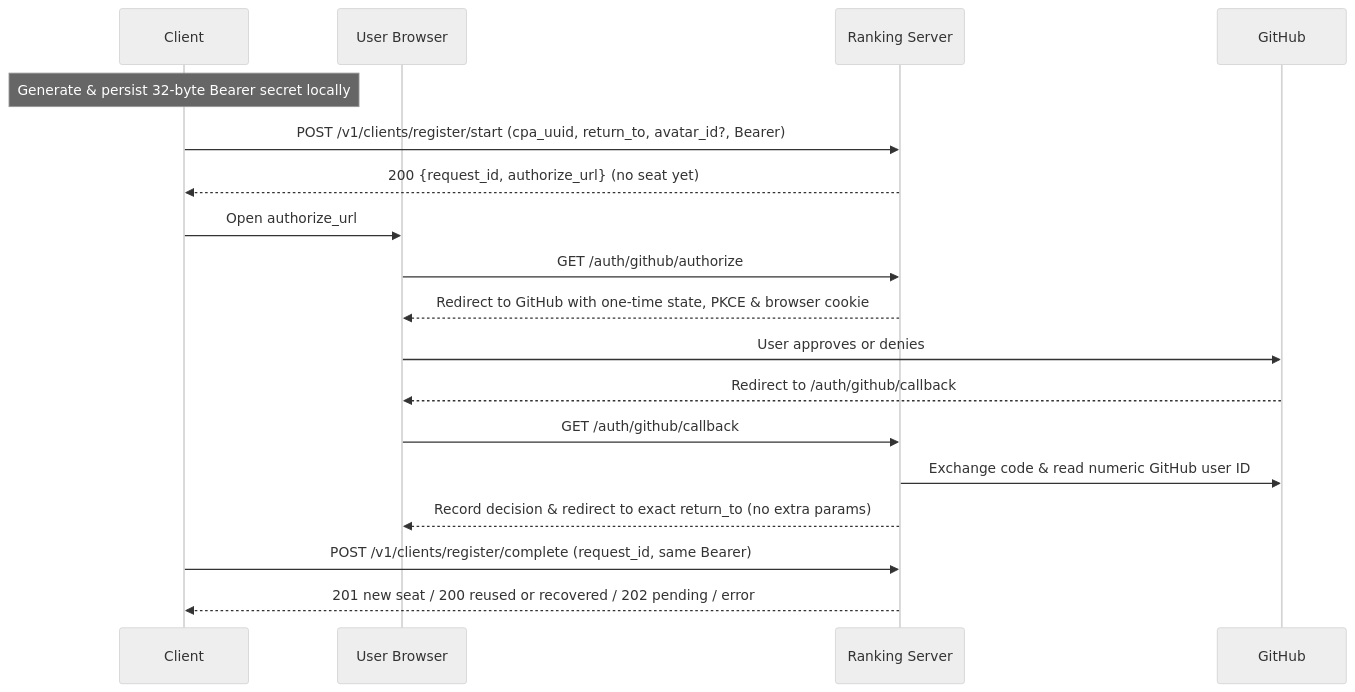
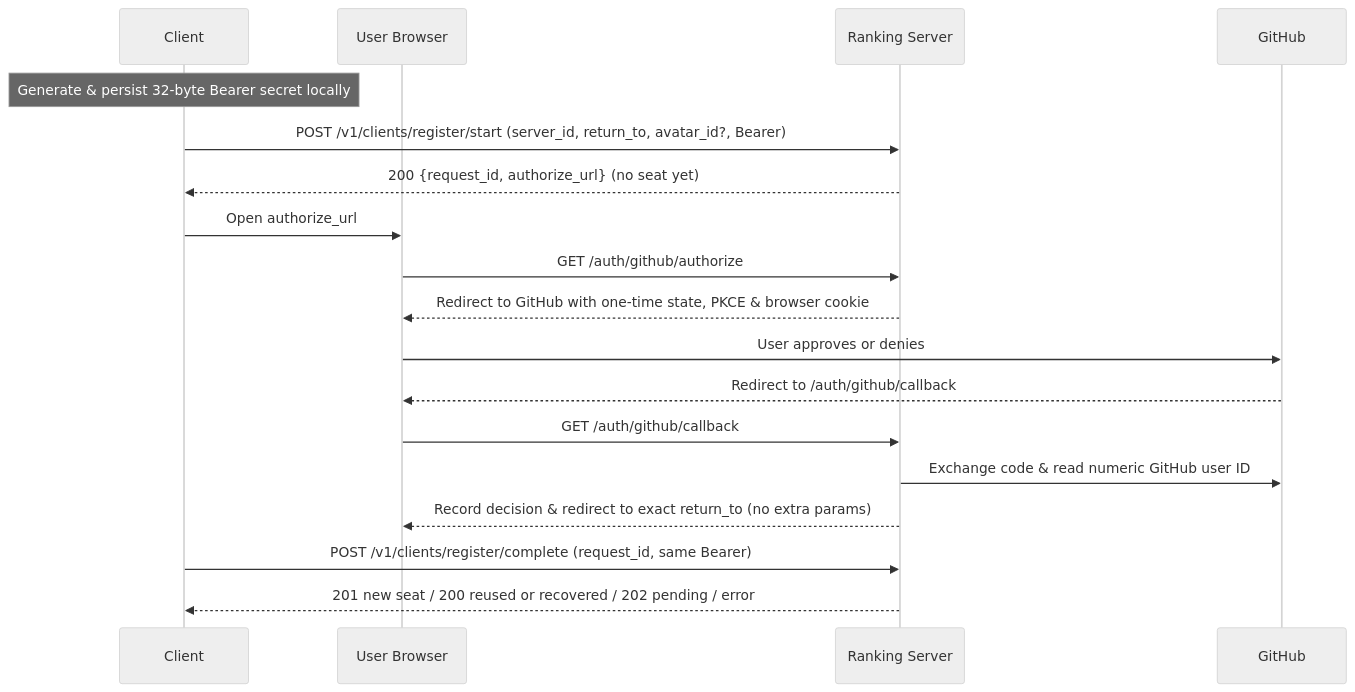
Before and after one commit to router-for-me/cpa-usage-ranking: the first of 2 diagrams in docs/integration.md, drawn with Mermaid (neutral theme). The commit also changed other lines of this file and 9 other files, not shown here.

Commit message:
docs: rename cpa_uuid to server_id and document CPA server-id source

````diff
--- a/docs/integration.md
+++ b/docs/integration.md
@@ -45,20 +45,20 @@
 ```mermaid
 sequenceDiagram
     participant C as Client
     participant B as User Browser
     participant R as Ranking Server
     participant G as GitHub
     Note over C: Generate & persist 32-byte Bearer secret locally
-    C->>R: POST /v1/clients/register/start (cpa_uuid, return_to, avatar_id?, Bearer)
+    C->>R: POST /v1/clients/register/start (server_id, return_to, avatar_id?, Bearer)
     R-->>C: 200 {request_id, authorize_url} (no seat yet)
     C->>B: Open authorize_url
     B->>R: GET /auth/github/authorize
     R-->>B: Redirect to GitHub with one-time state, PKCE & browser cookie
     B->>G: User approves or denies
     G-->>B: Redirect to /auth/github/callback
     B->>R: GET /auth/github/callback
     R->>G: Exchange code & read numeric GitHub user ID
     R-->>B: Record decision & redirect to exact return_to (no extra params)
     C->>R: POST /v1/clients/register/complete (request_id, same Bearer)
     R-->>C: 201 new seat / 200 reused or recovered / 202 pending / error
 ```
````
